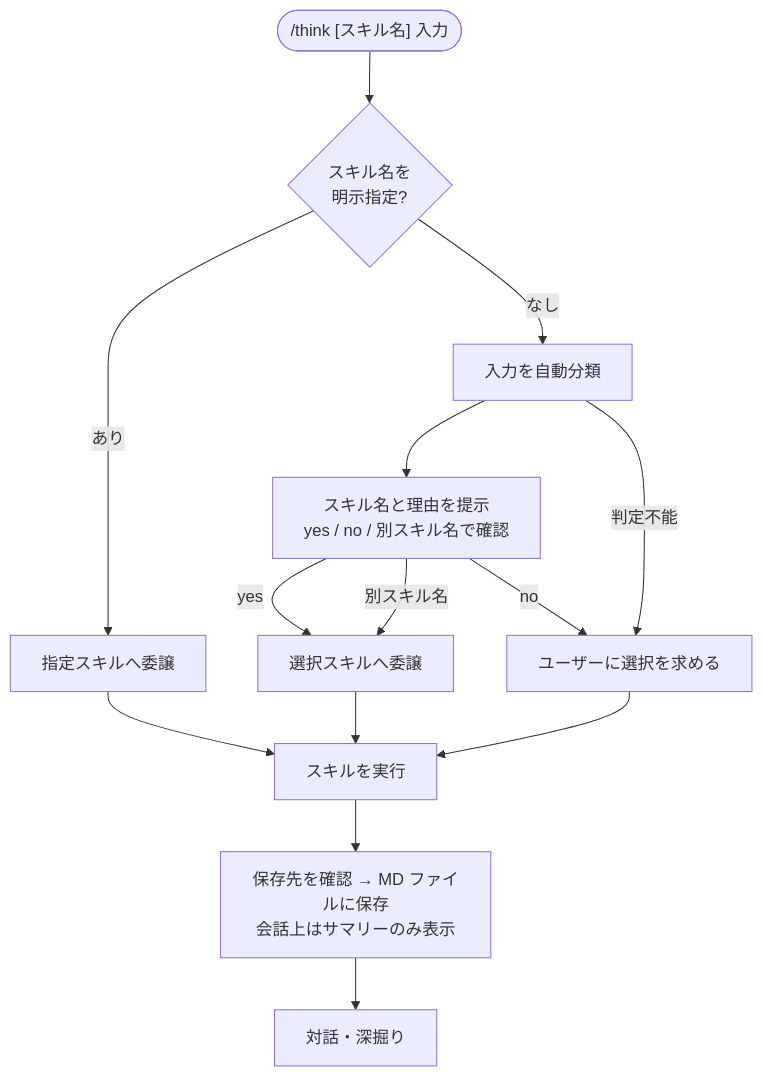
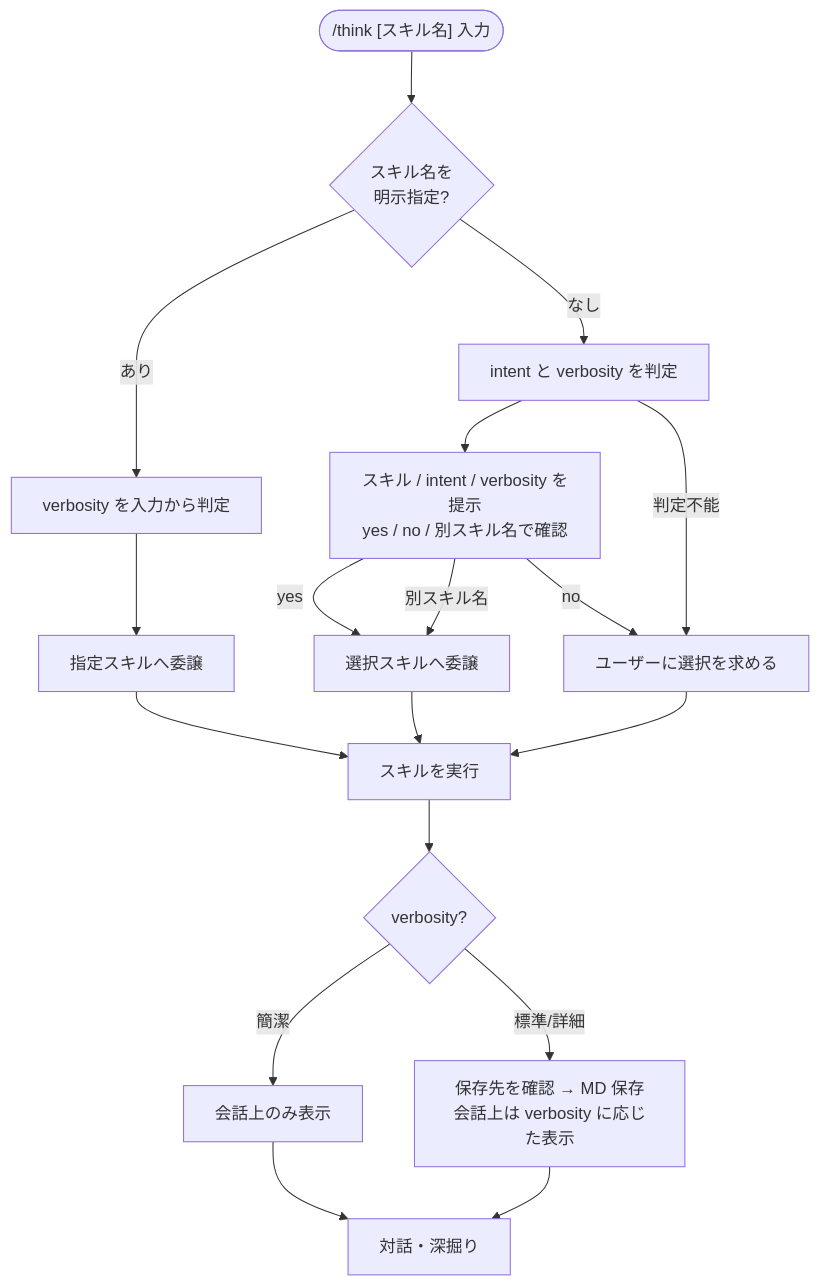
Before and after one commit to agaemo/dotfiles: the diagram in claude/skills/think/README.md, drawn with Mermaid. The commit also changed other lines of this file and 11 other files, not shown here.

````diff
--- a/claude/skills/think/README.md
+++ b/claude/skills/think/README.md
@@ -42,18 +62,22 @@
 ```mermaid
 flowchart TD
     Start(["/think [スキル名] 入力"]) --> Parse{スキル名を\n明示指定?}
 
-    Parse -- あり --> Direct[指定スキルへ委譲]
-    Parse -- なし --> Auto[入力を自動分類]
-    Auto --> Confirm[スキル名と理由を提示\nyes / no / 別スキル名で確認]
+    Parse -- あり --> VB1[verbosity を入力から判定]
+    VB1 --> Direct[指定スキルへ委譲]
+
+    Parse -- なし --> Auto[intent と verbosity を判定]
+    Auto --> Confirm["スキル / intent / verbosity を提示\nyes / no / 別スキル名で確認"]
     Confirm -- yes --> Route[選択スキルへ委譲]
     Confirm -- no --> Ask[ユーザーに選択を求める]
     Confirm -- 別スキル名 --> Route
     Auto -- 判定不能 --> Ask
 
     Direct & Route --> Exec[スキルを実行]
     Ask --> Exec
 
-    Exec --> Report[保存先を確認 → MD ファイルに保存\n会話上はサマリーのみ表示]
-    Report --> Dialog[対話・深掘り]
+    Exec --> Out{verbosity?}
+    Out -- 簡潔 --> Chat[会話上のみ表示]
+    Out -- 標準/詳細 --> SaveQ[保存先を確認 → MD 保存\n会話上は verbosity に応じた表示]
+    Chat & SaveQ --> Dialog[対話・深掘り]
 ```
````
